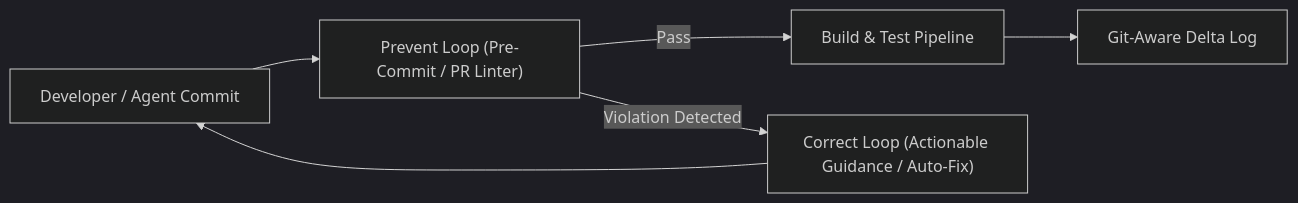
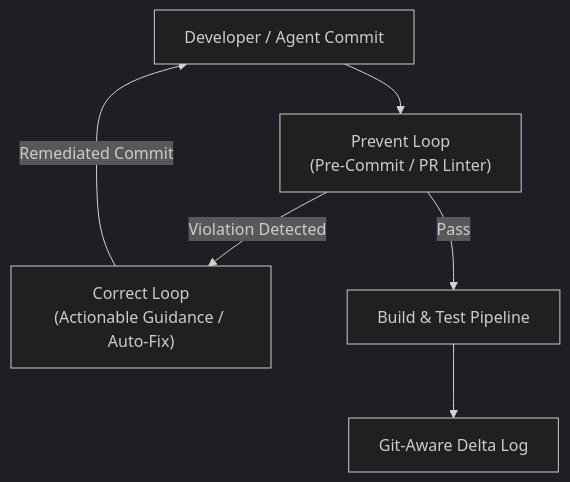
One commit to avfranco-br/portfolio changed the second of 2 diagrams in docs/sop/ai-augmented-architecture.md. Above: the diagram before and after it, drawn with Mermaid (dark theme). The commit also changed 10 other files, not shown here.

Commit message:
Refactor Mermaid diagrams across SOP and methods documentation for legibility

````diff
--- a/docs/sop/ai-augmented-architecture.md
+++ b/docs/sop/ai-augmented-architecture.md
@@ -78,8 +78,8 @@
 ```mermaid
-graph LR
-    DevChange["Developer / Agent Commit"] --> PreventLoop["Prevent Loop (Pre-Commit / PR Linter)"]
-    PreventLoop -->|Pass| BuildPipe["Build & Test Pipeline"]
-    PreventLoop -->|Violation Detected| CorrectLoop["Correct Loop (Actionable Guidance / Auto-Fix)"]
-    CorrectLoop --> DevChange
+flowchart TD
+    DevChange["Developer / Agent Commit"] --> PreventLoop["Prevent Loop<br/>(Pre-Commit / PR Linter)"]
+    PreventLoop -->|"Violation Detected"| CorrectLoop["Correct Loop<br/>(Actionable Guidance / Auto-Fix)"]
+    CorrectLoop -->|"Remediated Commit"| DevChange
+    PreventLoop -->|"Pass"| BuildPipe["Build & Test Pipeline"]
     BuildPipe --> AuditLog["Git-Aware Delta Log"]
 ```
````
